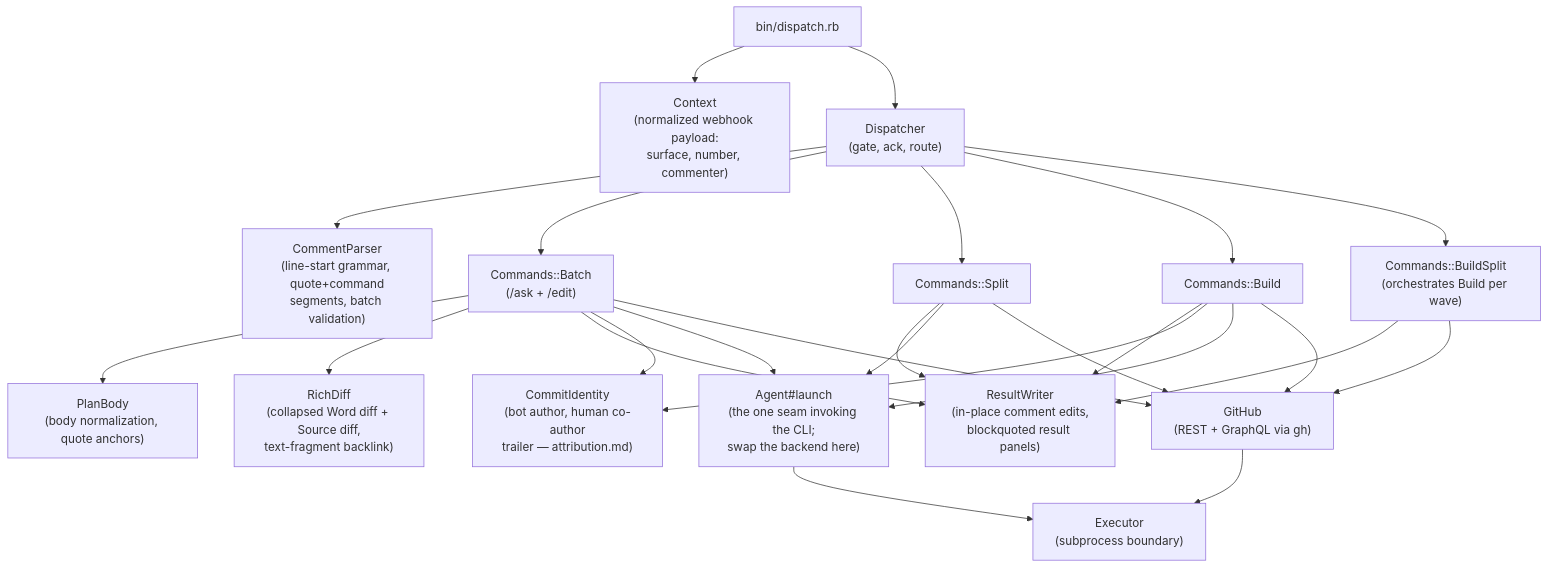
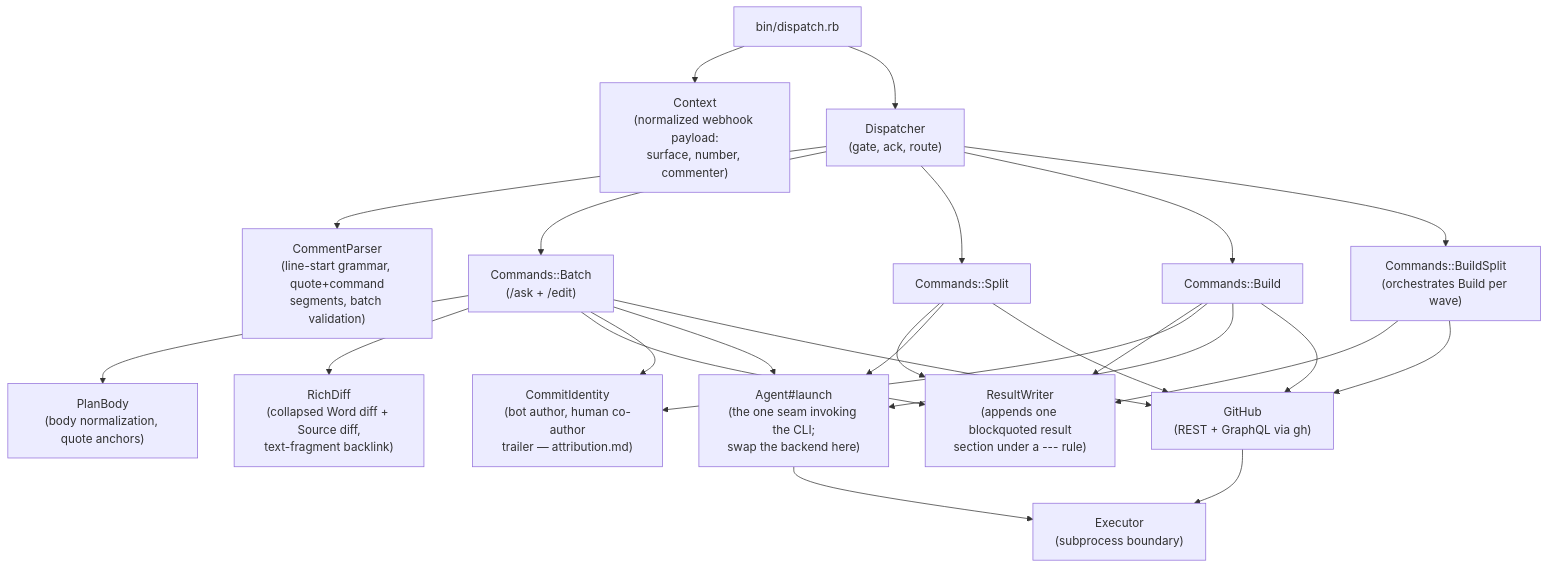
Before and after one commit to d3mlabs/ai-flow: the third of 5 diagrams in docs/architecture.md, drawn with Mermaid. The commit also changed other lines of this file and 11 other files, not shown here.

````diff
--- a/docs/architecture.md
+++ b/docs/architecture.md
@@ -107,29 +107,29 @@
 ```mermaid
 flowchart TD
     entry["bin/dispatch.rb"] --> ctx["Context<br/>(normalized webhook payload:<br/>surface, number, commenter)"]
     entry --> disp["Dispatcher<br/>(gate, ack, route)"]
     disp --> parser["CommentParser<br/>(line-start grammar, quote+command<br/>segments, batch validation)"]
     disp --> batchCmd["Commands::Batch<br/>(/ask + /edit)"]
     disp --> splitCmd["Commands::Split"]
     disp --> buildCmd["Commands::Build"]
     disp --> buildSplitCmd["Commands::BuildSplit<br/>(orchestrates Build per wave)"]
 
     batchCmd --> planBody["PlanBody<br/>(body normalization, quote anchors)"]
     batchCmd --> richDiff["RichDiff<br/>(collapsed Word diff + Source diff,<br/>text-fragment backlink)"]
-    batchCmd --> resultWriter["ResultWriter<br/>(in-place comment edits,<br/>blockquoted result panels)"]
+    batchCmd --> resultWriter["ResultWriter<br/>(appends one blockquoted result<br/>section under a --- rule)"]
     splitCmd --> resultWriter
     buildCmd --> resultWriter
     buildSplitCmd --> resultWriter
     buildCmd --> commitIdentity["CommitIdentity<br/>(bot author, human co-author<br/>trailer — attribution.md)"]
     batchCmd --> commitIdentity
 
     batchCmd --> agent["Agent#launch<br/>(the one seam invoking the CLI;<br/>swap the backend here)"]
     splitCmd --> agent
     buildCmd --> agent
     batchCmd --> gh["GitHub<br/>(REST + GraphQL via gh)"]
     splitCmd --> gh
     buildCmd --> gh
     buildSplitCmd --> gh
     agent --> exec["Executor<br/>(subprocess boundary)"]
     gh --> exec
 ```
````
